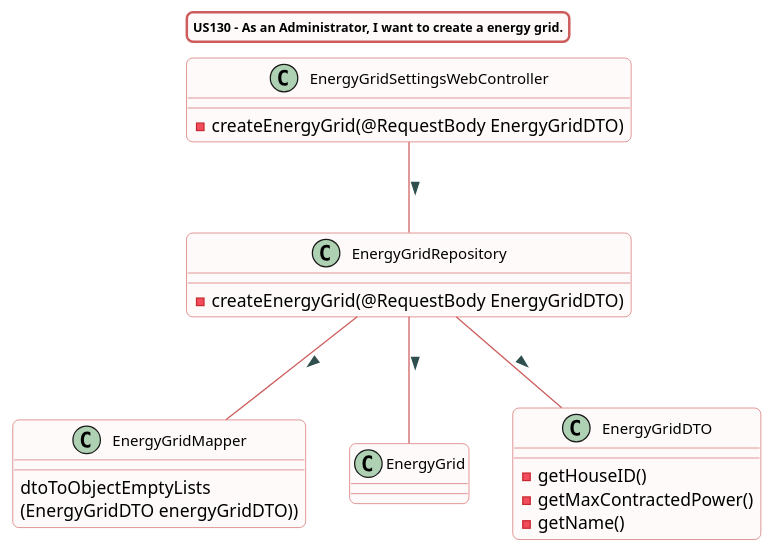
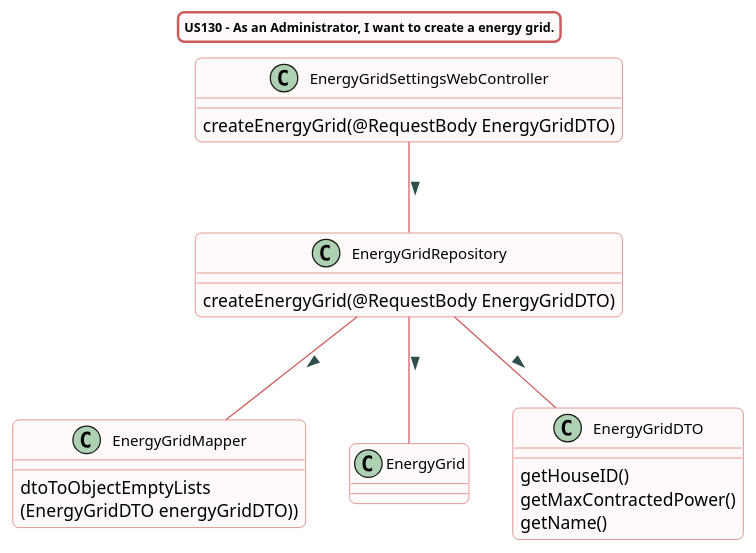
One commit to Almadanmp/project changed the diagram in src/doc/WEB_Controllers/EnergyGridSettings/US130/US130_cd.puml. Above: the diagram before and after it, drawn with PlantUML. The commit also changed 15 other files, not shown here.

```diff
--- a/src/doc/WEB_Controllers/EnergyGridSettings/US130/US130_cd.puml
+++ b/src/doc/WEB_Controllers/EnergyGridSettings/US130/US130_cd.puml
@@ -1,55 +1,55 @@
 @startuml
 
 title US130 - As an Administrator, I want to create a energy grid.
 skinparam titleBorderRoundCorner 10
 skinparam titleBorderThickness 2
 skinparam titleBorderColor indianred
 skinparam titleBackgroundColor Snow
 skinparam FontName quicksand
 skinparam titleFontSize 10
 skinparam roundcorner 10
 
 
 skinparam class {
  BorderColor indianred
  BackgroundColor indianred
  BackgroundColor Snow
   roundcorner 10
   ArrowFontName Verdana
   ArrowColor indianred
   ArrowFontColor darkslategrey
   FontSize 12
 }
 
 
 class EnergyGridSettingsWebController
 class EnergyGridRepository
 class EnergyGridMapper
 class EnergyGrid
 class EnergyGridDTO
 
 
 EnergyGridSettingsWebController -- EnergyGridRepository : >
 EnergyGridRepository -- EnergyGridMapper : >
 EnergyGridRepository -- EnergyGrid : >
 EnergyGridRepository -- EnergyGridDTO : >
 
 class EnergyGridSettingsWebController{
--createEnergyGrid(@RequestBody EnergyGridDTO)
+createEnergyGrid(@RequestBody EnergyGridDTO)
 }
 
 class EnergyGridRepository{
--createEnergyGrid(@RequestBody EnergyGridDTO)
+createEnergyGrid(@RequestBody EnergyGridDTO)
 }
 
 class EnergyGridMapper{
 dtoToObjectEmptyLists\n(EnergyGridDTO energyGridDTO))
 }
 
 class EnergyGridDTO{
--getHouseID()
--getMaxContractedPower()
--getName()
+getHouseID()
+getMaxContractedPower()
+getName()
 }
 
 @enduml
```
